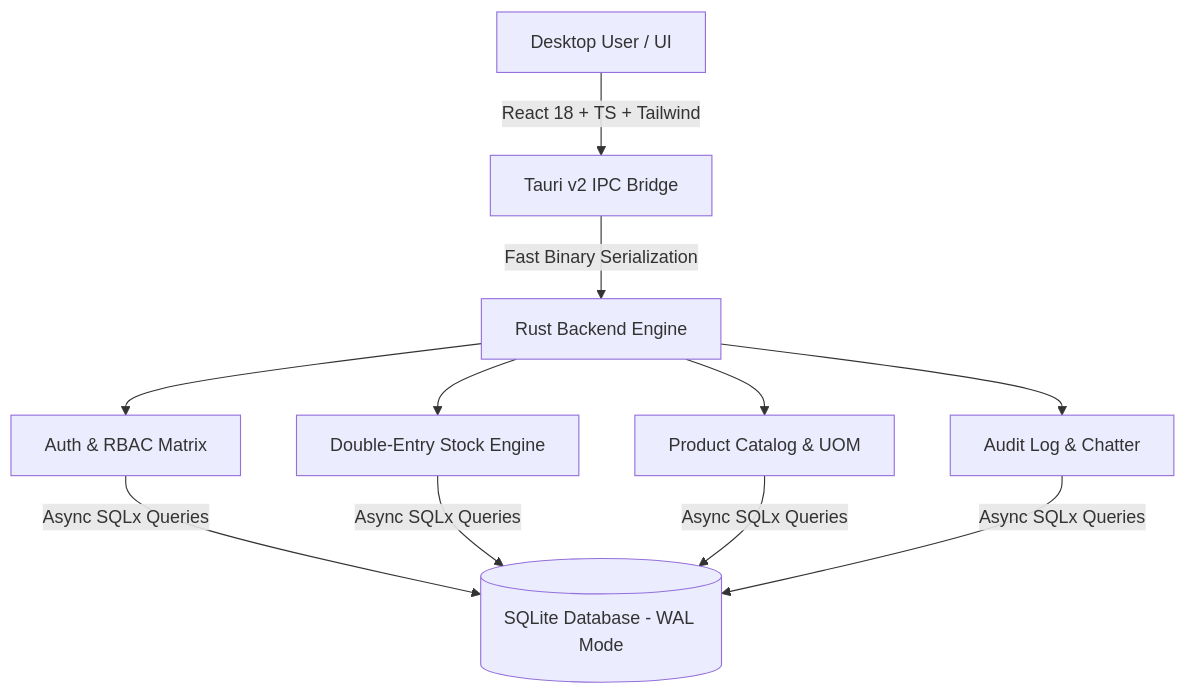
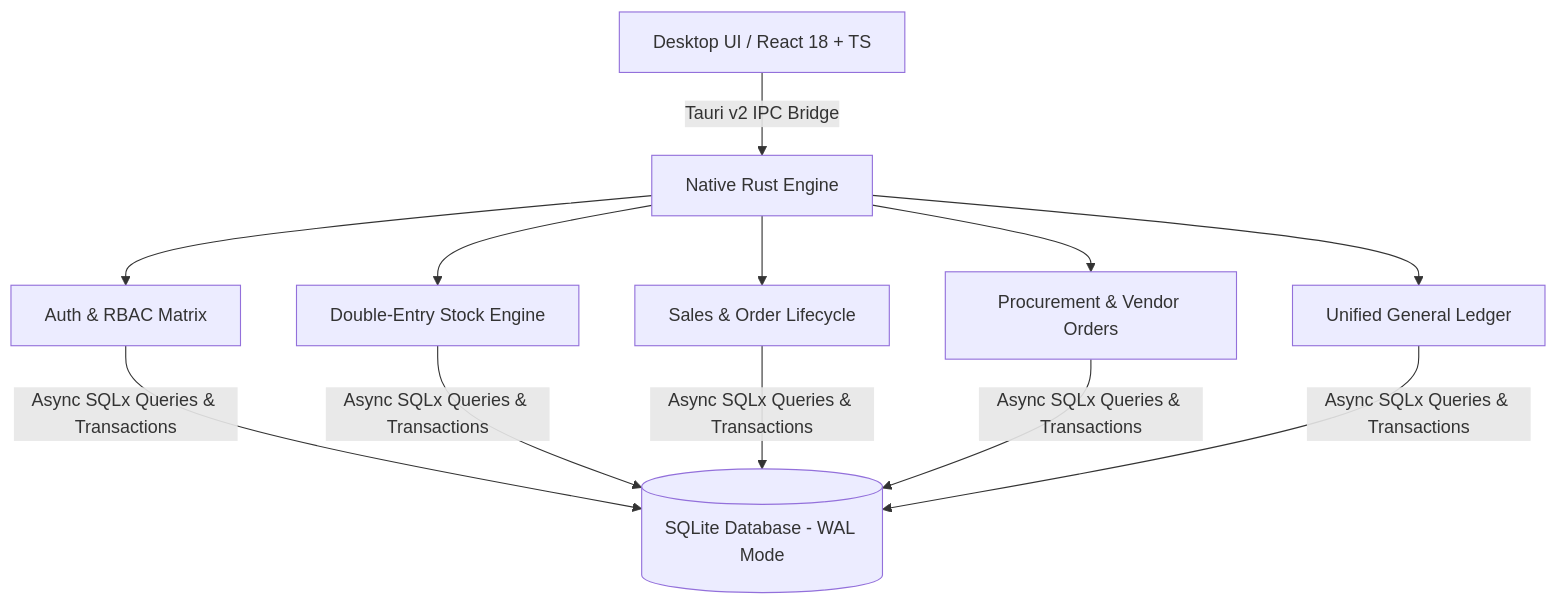
One commit to Omar-b381/MIZAN-ERP changed the diagram in README.md. Above: the diagram before and after it, drawn with Mermaid. The commit also changed other lines of this file, not shown here.

Commit message:
docs: update README with Phase 5 accounting capabilities, 47 passing tests, and updated architecture diagrams

````diff
--- a/README.md
+++ b/README.md
@@ -61,10 +61,10 @@
 ```mermaid
 graph TD
-    A[Desktop User / UI] -->|React 18 + TS + Tailwind| B[Tauri v2 IPC Bridge]
-    B -->|Fast Binary Serialization| C[Rust Backend Engine]
-    C --> D[Auth & RBAC Matrix]
-    C --> E[Double-Entry Stock Engine]
-    C --> F[Product Catalog & UOM]
-    C --> G[Audit Log & Chatter]
-    D & E & F & G -->|Async SQLx Queries| H[(SQLite Database - WAL Mode)]
+    A[Desktop UI / React 18 + TS] -->|Tauri v2 IPC Bridge| B[Native Rust Engine]
+    B --> C[Auth & RBAC Matrix]
+    B --> D[Double-Entry Stock Engine]
+    B --> E[Sales & Order Lifecycle]
+    B --> F[Procurement & Vendor Orders]
+    B --> G[Unified General Ledger]
+    C & D & E & F & G -->|Async SQLx Queries & Transactions| H[(SQLite Database - WAL Mode)]
 ```
````
